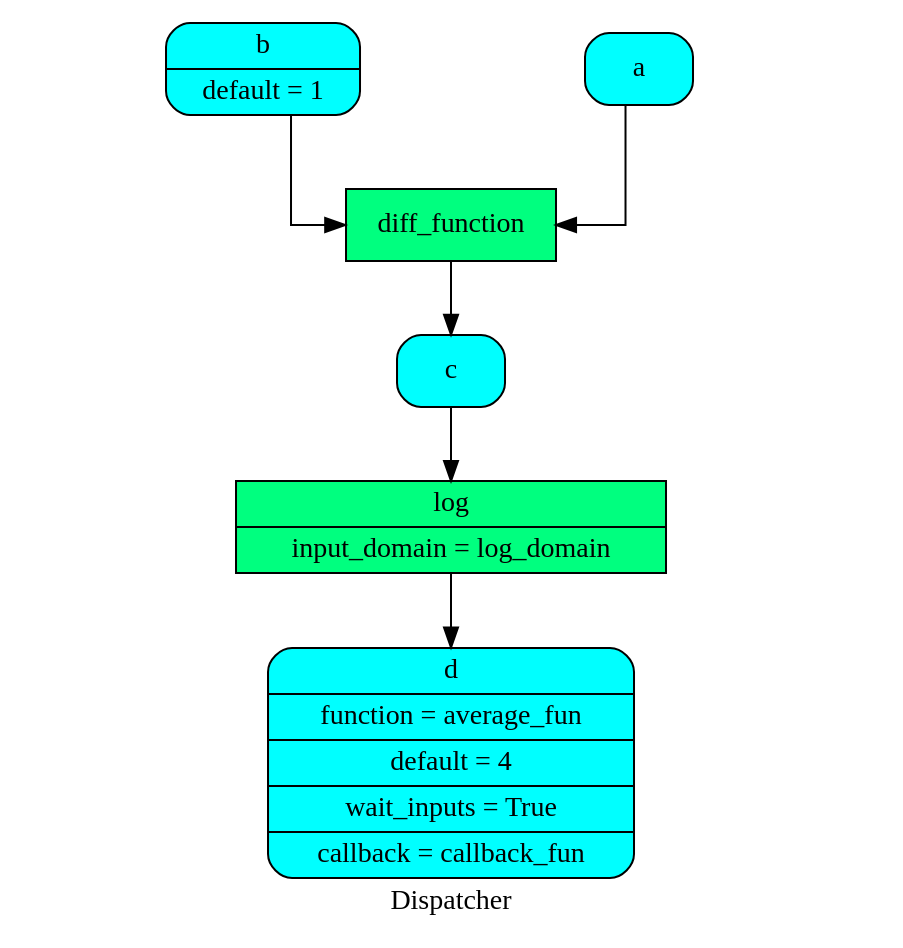
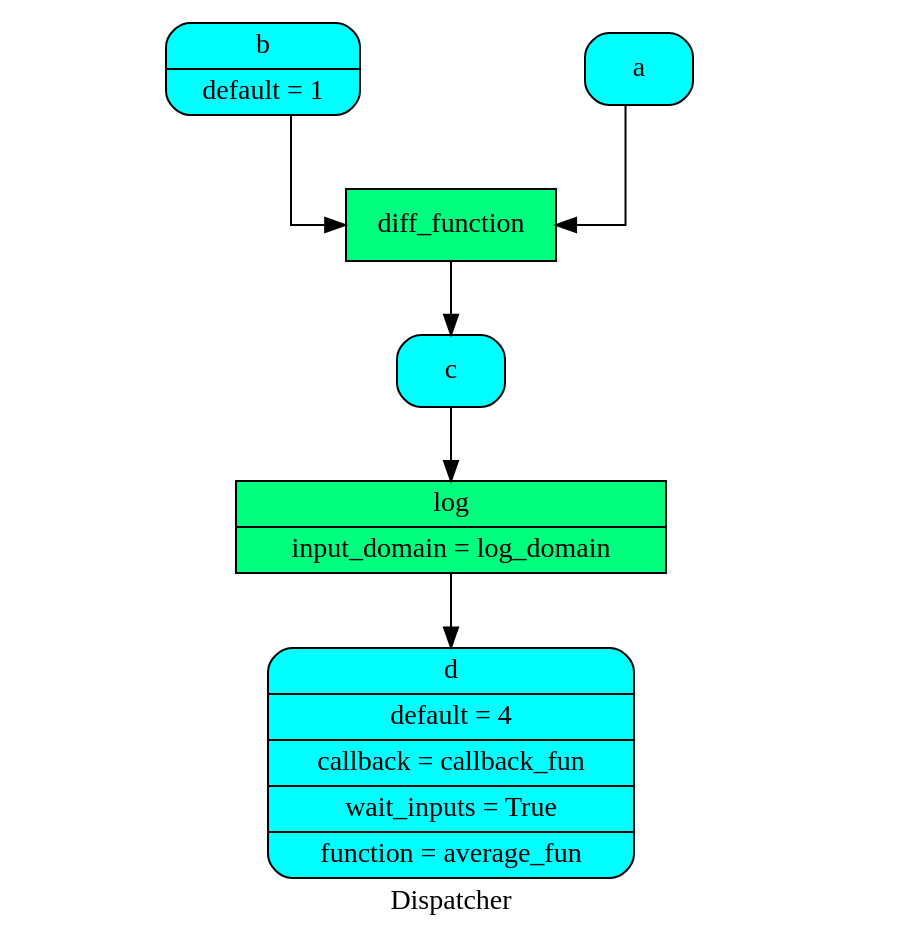
The diagram in doc/source/dispatcher/__init__/Dispatcher/dsp.dot (vinci1it2000/schedula), drawn with Graphviz before and after one commit. The commit also changed 24 other files, not shown here.

```diff
--- a/doc/source/dispatcher/__init__/Dispatcher/dsp.dot
+++ b/doc/source/dispatcher/__init__/Dispatcher/dsp.dot
@@ -1,17 +1,17 @@
 digraph Dispatcher {
 	graph [ratio=1]
 	node [style=filled]
 	splines = ortho
 	label = "Dispatcher"
-		"Dispatcher_-8069443800989944208" [label="{ c  }" fillcolor=cyan shape=Mrecord]
-		"Dispatcher_-4405174669148747264" [label="{ log | input_domain = log_domain }" fillcolor=springgreen shape=record]
-		"Dispatcher_-4868960230063457645" [label="{ b | default = 1 }" fillcolor=cyan shape=Mrecord]
-		"Dispatcher_-6154672520566587020" [label="{ a  }" fillcolor=cyan shape=Mrecord]
-		Dispatcher_8292886482098159717 [label="{ d | function = average_fun | default = 4 | wait_inputs = True | callback = callback_fun }" fillcolor=cyan shape=Mrecord]
-		"Dispatcher_-7952817663357378313" [label="{ diff_function  }" fillcolor=springgreen shape=record]
-			"Dispatcher_-8069443800989944208" -> "Dispatcher_-4405174669148747264"
-			"Dispatcher_-4405174669148747264" -> Dispatcher_8292886482098159717
-			"Dispatcher_-4868960230063457645" -> "Dispatcher_-7952817663357378313"
-			"Dispatcher_-6154672520566587020" -> "Dispatcher_-7952817663357378313"
-			"Dispatcher_-7952817663357378313" -> "Dispatcher_-8069443800989944208"
+		"Dispatcher_-7122603177858460539" [label="{ c  }" fillcolor=cyan shape=Mrecord]
+		Dispatcher_5207486180265155097 [label="{ diff_function  }" fillcolor=springgreen shape=record]
+		"Dispatcher_-5279003028835121650" [label="{ d | default = 4 | callback = callback_fun | wait_inputs = True | function = average_fun }" fillcolor=cyan shape=Mrecord]
+		Dispatcher_5198365931108737741 [label="{ b | default = 1 }" fillcolor=cyan shape=Mrecord]
+		"Dispatcher_-6178207401999343906" [label="{ log | input_domain = log_domain }" fillcolor=springgreen shape=record]
+		"Dispatcher_-8678671152349271859" [label="{ a  }" fillcolor=cyan shape=Mrecord]
+			"Dispatcher_-7122603177858460539" -> "Dispatcher_-6178207401999343906"
+			Dispatcher_5207486180265155097 -> "Dispatcher_-7122603177858460539"
+			Dispatcher_5198365931108737741 -> Dispatcher_5207486180265155097
+			"Dispatcher_-6178207401999343906" -> "Dispatcher_-5279003028835121650"
+			"Dispatcher_-8678671152349271859" -> Dispatcher_5207486180265155097
 }
```
